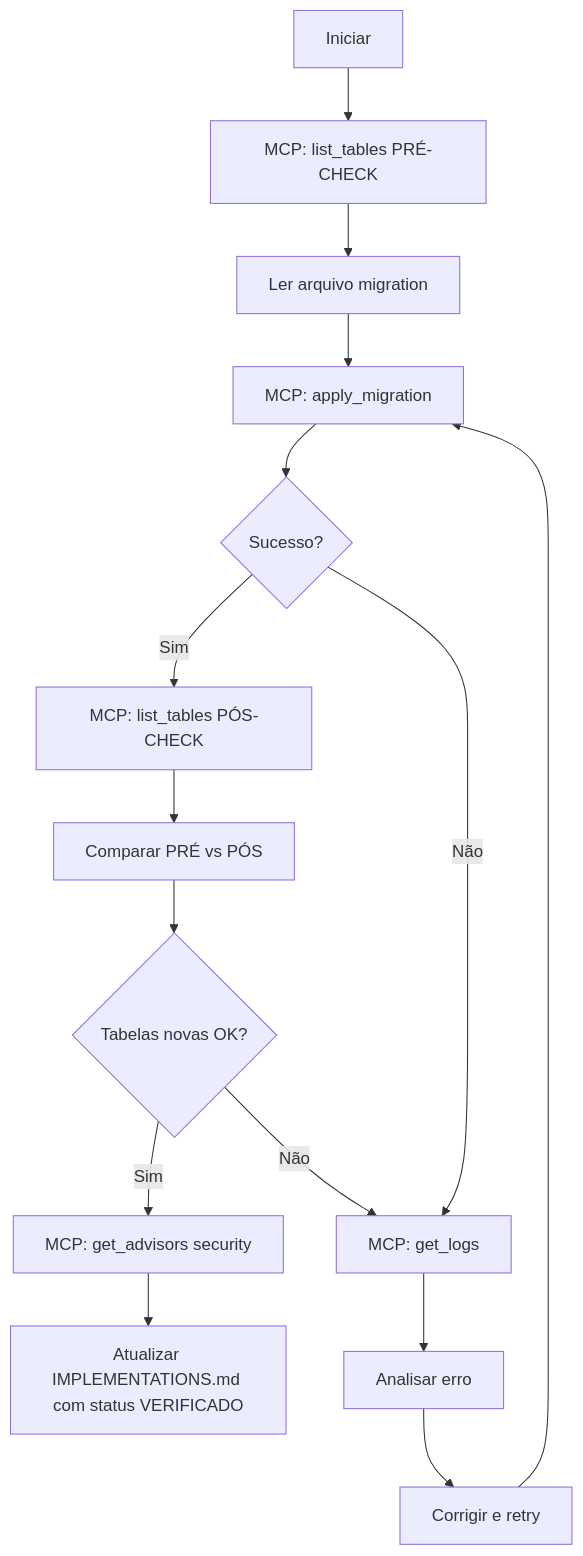
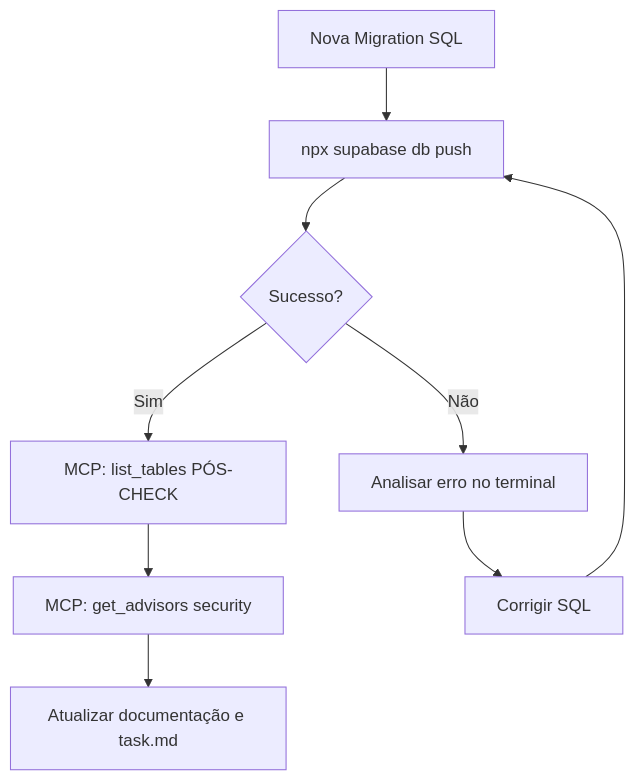
The first of 3 diagrams in .agent/skills/supabase-mcp/SKILL.md (adm-toolsmm-ia/tech-arauz), drawn with Mermaid before and after one commit. The commit also changed other lines of this file and 11 other files, not shown here.

Commit message:
feat: Implementa a funcionalidade de integrações com novos componentes de UI, rotas de API e migração de RLS, e adiciona documentação para a skill Supabase MCP.

````diff
--- a/.agent/skills/supabase-mcp/SKILL.md
+++ b/.agent/skills/supabase-mcp/SKILL.md
@@ -71,17 +79,11 @@
 ```mermaid
 flowchart TD
-    A[Iniciar] --> A1[MCP: list_tables PRÉ-CHECK]
-    A1 --> B[Ler arquivo migration]
-    B --> C[MCP: apply_migration]
-    C --> D{Sucesso?}
-    D -->|Sim| E[MCP: list_tables PÓS-CHECK]
-    D -->|Não| F[MCP: get_logs]
-    E --> G[Comparar PRÉ vs PÓS]
-    G --> G1{Tabelas novas OK?}
-    G1 -->|Sim| H[MCP: get_advisors security]
-    G1 -->|Não| F
-    H --> J[Atualizar IMPLEMENTATIONS.md com status VERIFICADO]
-    F --> K[Analisar erro]
-    K --> L[Corrigir e retry]
-    L --> C
+    A[Nova Migration SQL] --> B[npx supabase db push]
+    B --> C{Sucesso?}
+    C -->|Sim| D[MCP: list_tables PÓS-CHECK]
+    C -->|Não| E[Analisar erro no terminal]
+    E --> F[Corrigir SQL]
+    F --> B
+    D --> G[MCP: get_advisors security]
+    G --> H[Atualizar documentação e task.md]
 ```
````
